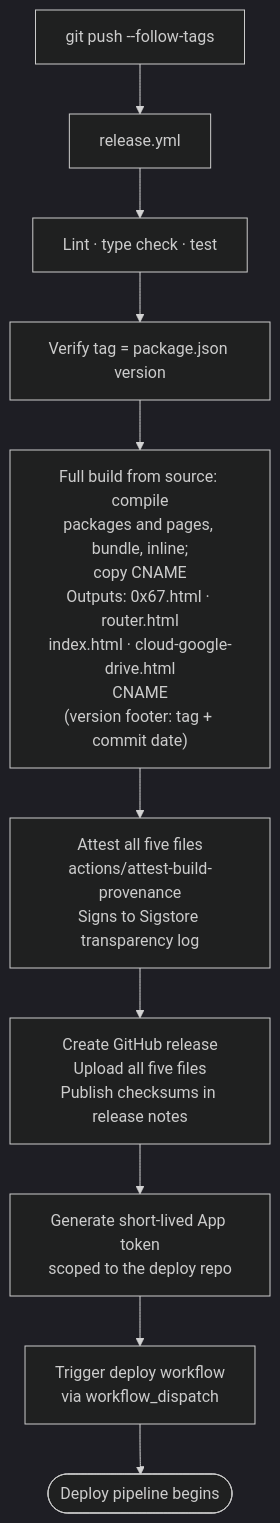
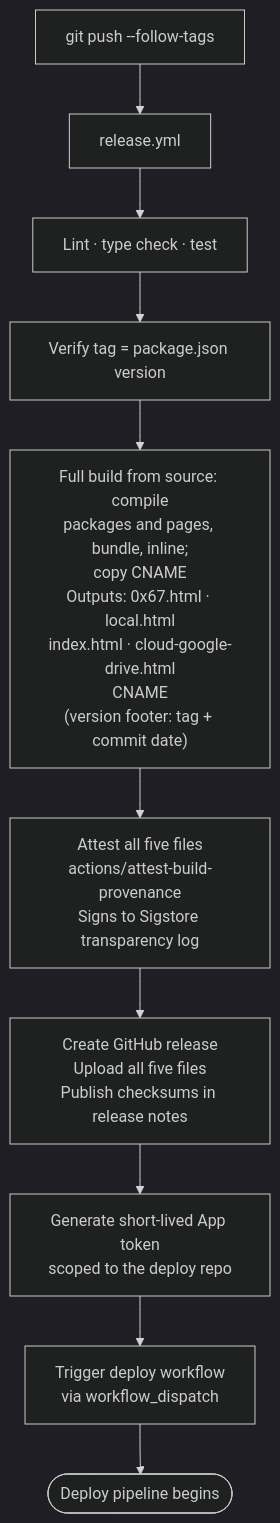
The third of 4 diagrams in docs/PIPELINE.md (keepass-web/source-application), drawn with Mermaid (dark theme) before and after one commit. The commit also changed other lines of this file and 6 other files, not shown here.

````diff
--- a/docs/PIPELINE.md
+++ b/docs/PIPELINE.md
@@ -96,13 +96,13 @@
 ```mermaid
 flowchart TD
     TAG["git push --follow-tags"]
     TAG --> AREL["release.yml"]
     AREL --> CI3["Lint · type check · test"]
     CI3 --> VER2["Verify tag = package.json version"]
-    VER2 --> BUILD["Full build from source: compile\npackages and pages, bundle, inline;\ncopy CNAME\nOutputs: 0x67.html · router.html\nindex.html · cloud-google-drive.html\nCNAME\n(version footer: tag + commit date)"]
+    VER2 --> BUILD["Full build from source: compile\npackages and pages, bundle, inline;\ncopy CNAME\nOutputs: 0x67.html · local.html\nindex.html · cloud-google-drive.html\nCNAME\n(version footer: tag + commit date)"]
     BUILD --> ATTEST["Attest all five files\nactions/attest-build-provenance\nSigns to Sigstore transparency log"]
     ATTEST --> GHREL["Create GitHub release\nUpload all five files\nPublish checksums in release notes"]
     GHREL --> TOKEN["Generate short-lived App token\nscoped to the deploy repo"]
     TOKEN --> TRIG["Trigger deploy workflow\nvia workflow_dispatch"]
     TRIG --> DEPLOY(["Deploy pipeline begins"])
 ```
````
